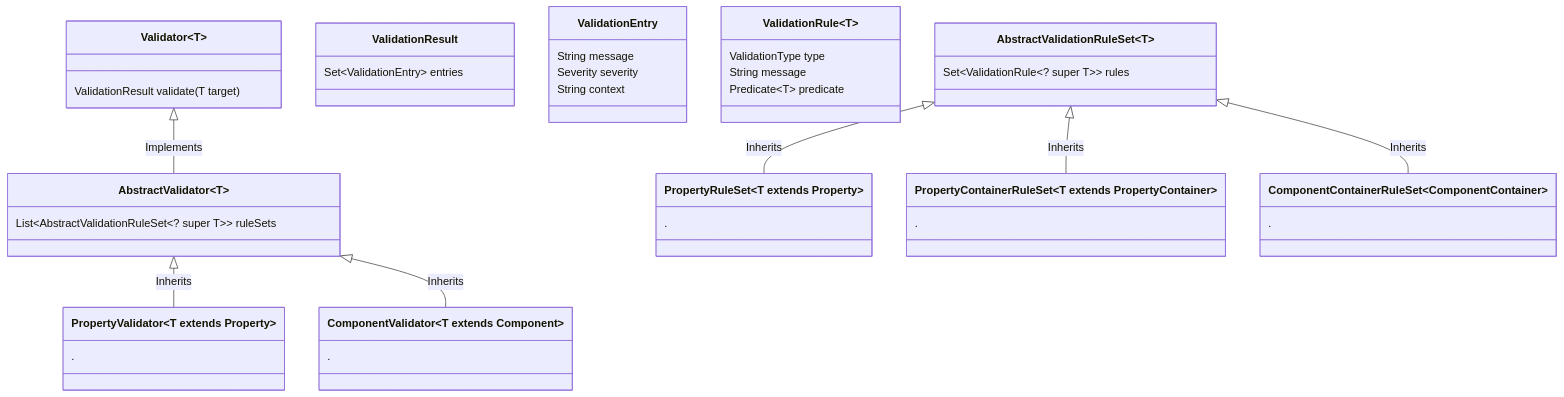
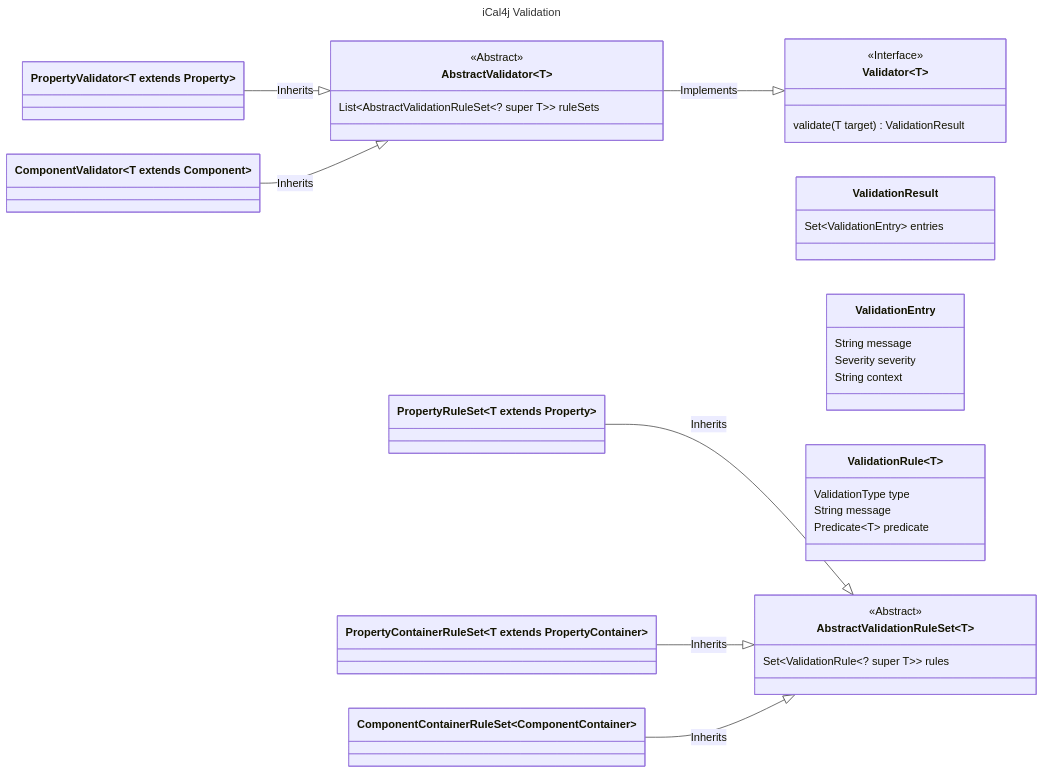
Before and after one commit to ical4j/ical4j-user-guide: the diagram in docs/images/validation.mmd, drawn with Mermaid. The commit also changed 3 other files, not shown here.

Commit message:
Added validation class diagram

```diff
--- a/docs/images/validation.mmd
+++ b/docs/images/validation.mmd
@@ -1,33 +1,44 @@
+---
+title: iCal4j Validation
+---
 classDiagram
-    Validator~T~: ValidationResult validate(T target)
+    direction RL
 
+    class Validator~T~
+    <<Interface>> Validator~T~
+    Validator~T~: validate(T target) ValidationResult
+
+    class AbstractValidator~T~
+    <<Abstract>> AbstractValidator~T~
     AbstractValidator~T~: List~AbstractValidationRuleSet~? super T~~ ruleSets
 
-    PropertyValidator~T extends Property~: .
+    class PropertyValidator~T extends Property~
 
-    ComponentValidator~T extends Component~: .
+    class ComponentValidator~T extends Component~
 
     ValidationResult: Set~ValidationEntry~ entries
 
     ValidationEntry: String message
     ValidationEntry: Severity severity
     ValidationEntry: String context
 
     ValidationRule~T~: ValidationType type
     ValidationRule~T~: String message
     ValidationRule~T~: Predicate~T~ predicate
 
+    class AbstractValidationRuleSet~T~
+    <<Abstract>> AbstractValidationRuleSet~T~
     AbstractValidationRuleSet~T~: Set~ValidationRule~? super T~~ rules
 
-    PropertyRuleSet~T extends Property~: .
-    PropertyContainerRuleSet~T extends PropertyContainer~: .
-    ComponentContainerRuleSet~ComponentContainer~: .
+    class PropertyRuleSet~T extends Property~
+    class PropertyContainerRuleSet~T extends PropertyContainer~
+    class ComponentContainerRuleSet~ComponentContainer~
 
     Validator~T~ <|-- AbstractValidator~T~: Implements
 
     AbstractValidator~T~ <|-- PropertyValidator~T extends Property~: Inherits
     AbstractValidator~T~ <|-- ComponentValidator~T extends Component~: Inherits
 
     AbstractValidationRuleSet~T~ <|-- PropertyRuleSet~T extends Property~: Inherits
     AbstractValidationRuleSet~T~ <|-- PropertyContainerRuleSet~T extends PropertyContainer~: Inherits
     AbstractValidationRuleSet~T~ <|-- ComponentContainerRuleSet~ComponentContainer~: Inherits
```
